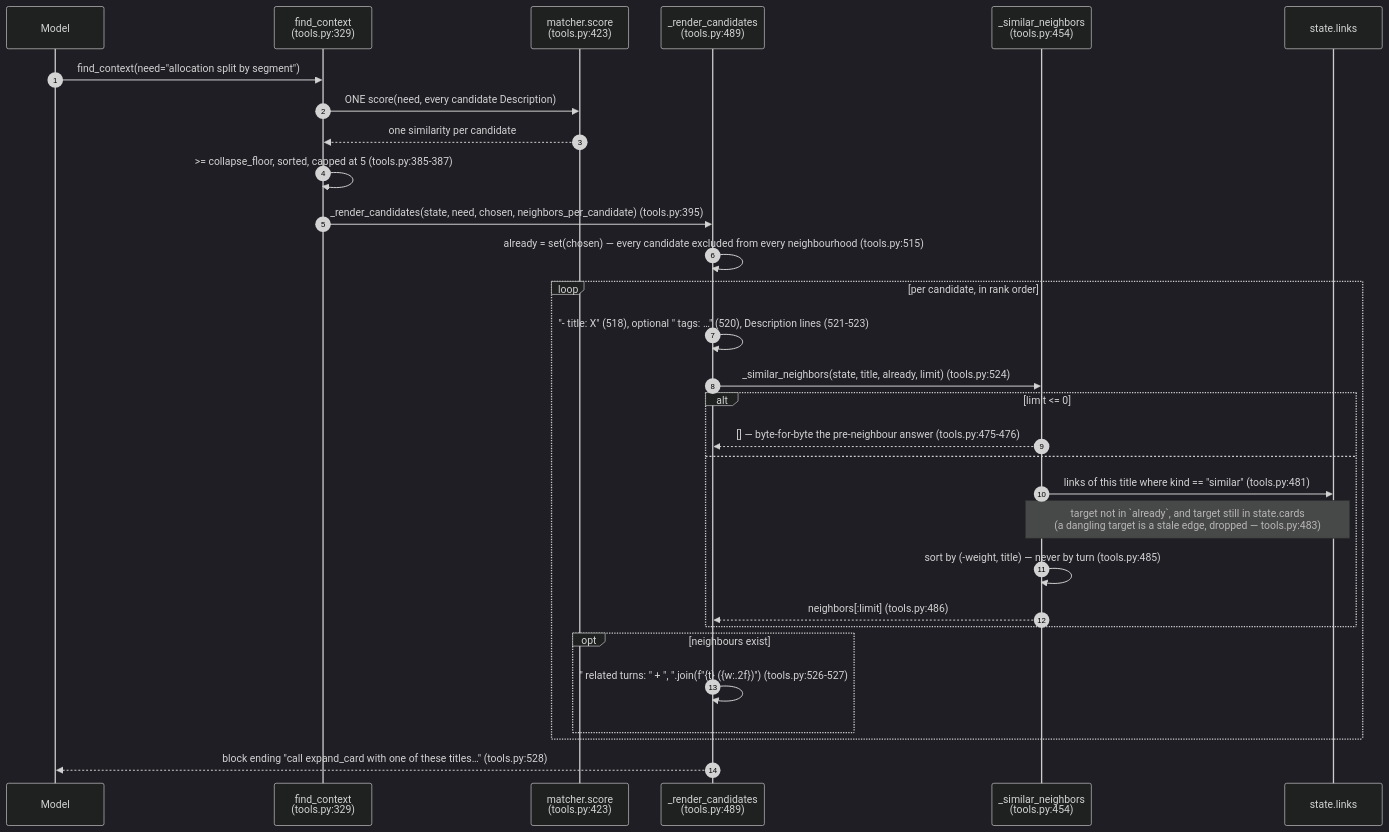
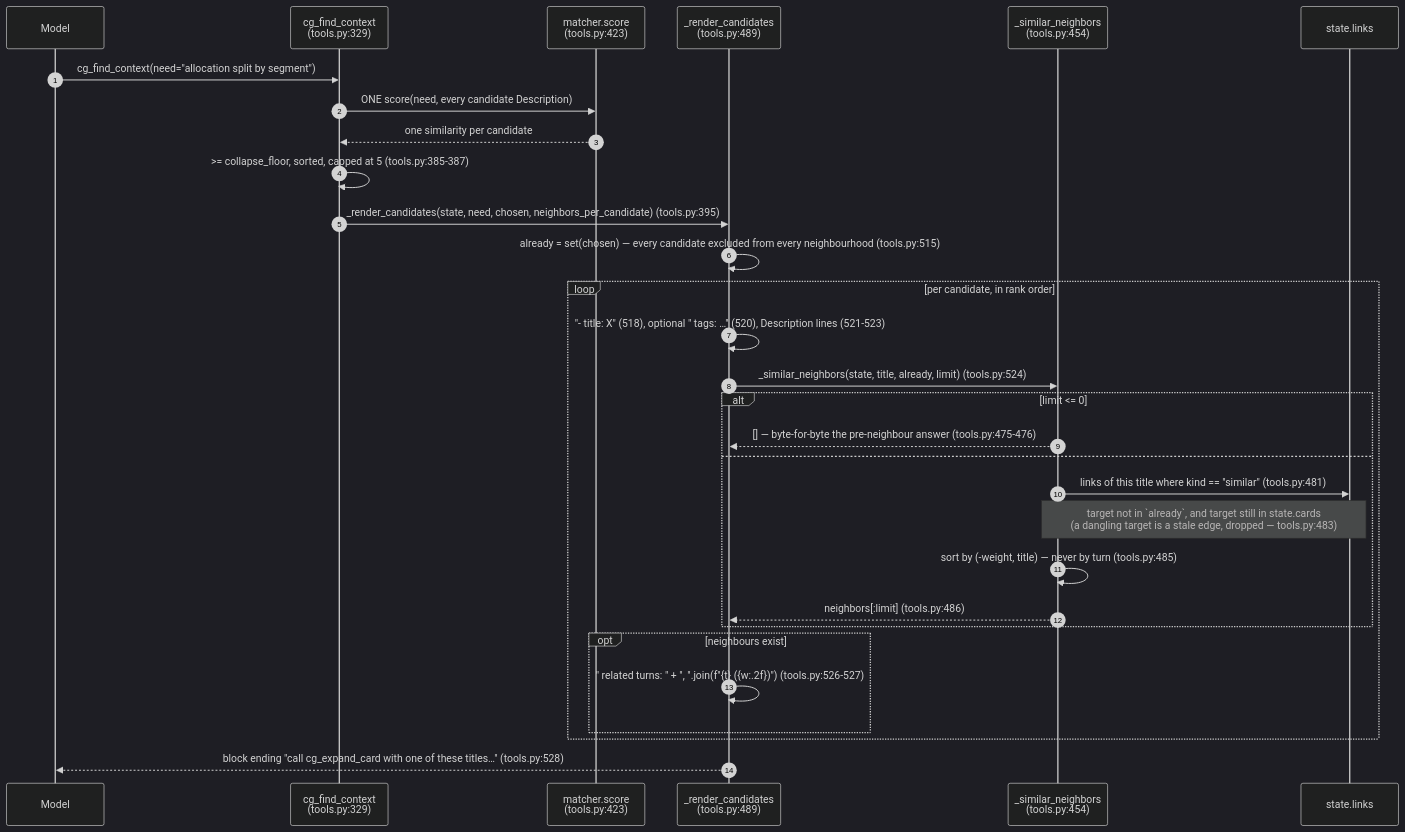
Before and after one commit to aws-samples/sample-context-engineering: the fourth of 4 diagrams in docs/design/sequence/sequence-d-context-graph.md, drawn with Mermaid (dark theme). The commit also changed other lines of this file and 124 other files, not shown here.

````diff
--- a/docs/design/sequence/sequence-d-context-graph.md
+++ b/docs/design/sequence/sequence-d-context-graph.md
@@ -267,33 +267,33 @@
 ```mermaid
 sequenceDiagram
     autonumber
     participant Model
-    participant FC as find_context<br/>(tools.py:329)
+    participant FC as cg_find_context<br/>(tools.py:329)
     participant MA as matcher.score<br/>(tools.py:423)
     participant RC as _render_candidates<br/>(tools.py:489)
     participant SN as _similar_neighbors<br/>(tools.py:454)
     participant L as state.links
 
-    Model->>FC: find_context(need="allocation split by segment")
+    Model->>FC: cg_find_context(need="allocation split by segment")
     FC->>MA: ONE score(need, every candidate Description)
     MA-->>FC: one similarity per candidate
     FC->>FC: >= collapse_floor, sorted, capped at 5 (tools.py:385-387)
     FC->>RC: _render_candidates(state, need, chosen, neighbors_per_candidate) (tools.py:395)
     RC->>RC: already = set(chosen) — every candidate excluded from every neighbourhood (tools.py:515)
     loop per candidate, in rank order
         RC->>RC: "- title: X" (518), optional "  tags: …" (520), Description lines (521-523)
         RC->>SN: _similar_neighbors(state, title, already, limit) (tools.py:524)
         alt limit <= 0
             SN-->>RC: [] — byte-for-byte the pre-neighbour answer (tools.py:475-476)
         else
             SN->>L: links of this title where kind == "similar" (tools.py:481)
             Note over SN,L: target not in `already`, and target still in state.cards<br/>(a dangling target is a stale edge, dropped — tools.py:483)
             SN->>SN: sort by (-weight, title) — never by turn (tools.py:485)
             SN-->>RC: neighbors[:limit] (tools.py:486)
         end
         opt neighbours exist
             RC->>RC: "  related turns: " + ", ".join(f"{t} ({w:.2f})") (tools.py:526-527)
         end
     end
-    RC-->>Model: block ending "call expand_card with one of these titles…" (tools.py:528)
+    RC-->>Model: block ending "call cg_expand_card with one of these titles…" (tools.py:528)
 ```
````
